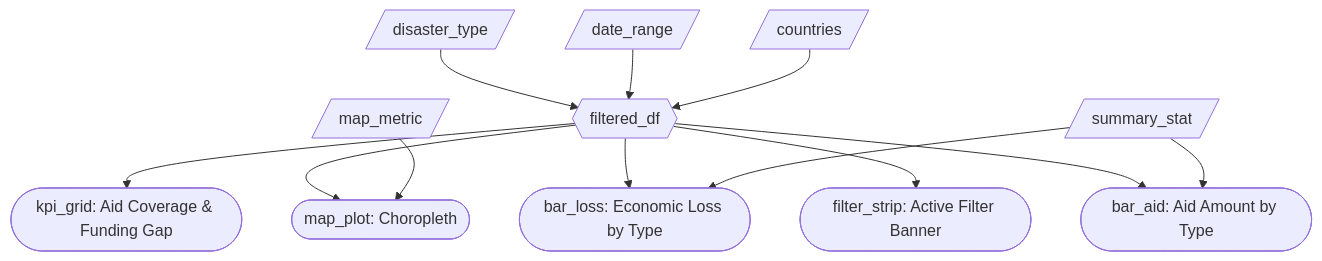
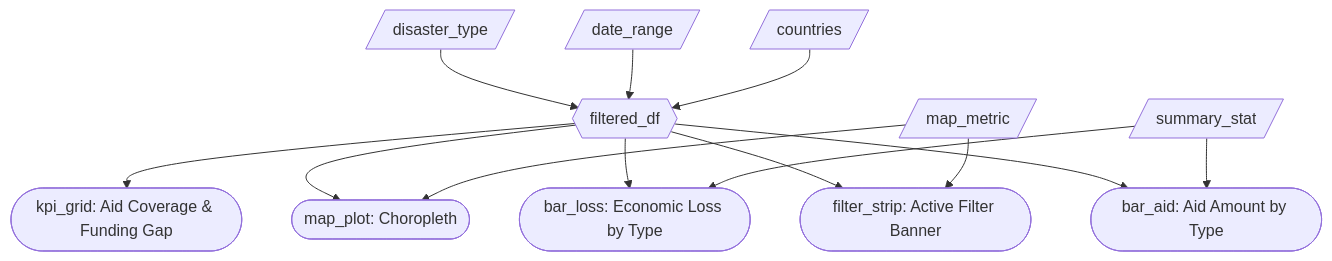
One commit to UBC-MDS/DSCI-532_2026_18_disasterdash changed the diagram in reports/m2_spec.md. Above: the diagram before and after it, drawn with Mermaid.

````diff
--- a/reports/m2_spec.md
+++ b/reports/m2_spec.md
@@ -35,15 +35,16 @@
 ```mermaid
 flowchart TD
     A[/countries/] --> F{{filtered_df}}
     B[/date_range/] --> F
     C[/disaster_type/] --> F
     D[/map_metric/] --> Map
+    D --> Strip
     E[/summary_stat/] --> BarLoss
     E --> BarAid
 
     F --> Map([map_plot: Choropleth])
     F --> KPI([kpi_grid: Aid Coverage & Funding Gap])
     F --> BarLoss([bar_loss: Economic Loss by Type])
     F --> BarAid([bar_aid: Aid Amount by Type])
     F --> Strip([filter_strip: Active Filter Banner])
 ```
````
